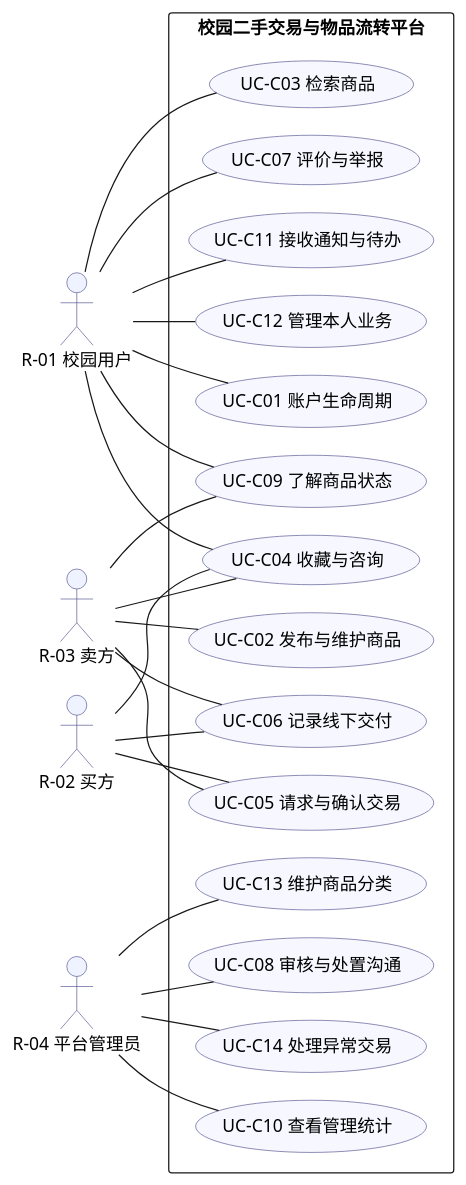
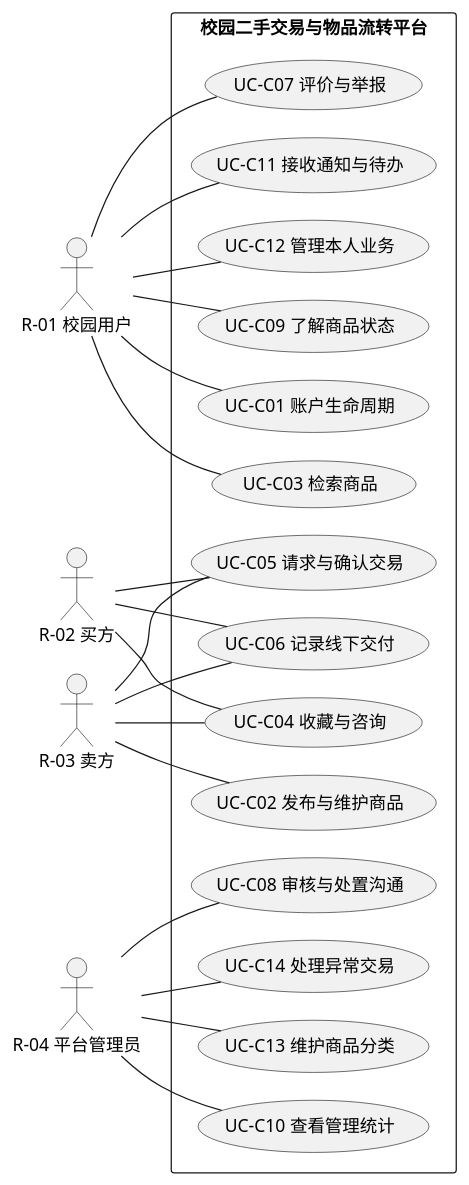
Before and after one commit to iy88/se-course-project-1: the diagram in docs/models/UC-01-系统用例图.puml, drawn with PlantUML. The commit also changed other lines of this file and 2 other files, not shown here.

Commit message:
docs: 调整 UC-01 系统用例图版式
- 关联线改接椭圆最外缘，UC-C04—C06 横向排列，参与者名称移至图形下方
- 同步 .puml 说明与图索引描述
版本检查：通过；引用检查：通过

```diff
--- a/docs/models/UC-01-系统用例图.puml
+++ b/docs/models/UC-01-系统用例图.puml
@@ -5,59 +7,49 @@
 @startuml
 left to right direction
 skinparam defaultFontName "Microsoft YaHei"
 skinparam shadowing false
 skinparam packageStyle rectangle
 skinparam nodesep 22
-skinparam ranksep 38
+skinparam ranksep 40
 skinparam defaultTextAlignment center
-skinparam usecase {
-  BackgroundColor #F7F7FF
-  BorderColor #4A4A8A
-}
-skinparam actor {
-  BackgroundColor #EEF3FF
-  BorderColor #4A4A8A
-}
 
 actor "R-01 校园用户" as A1
 actor "R-02 买方" as A2
 actor "R-03 卖方" as A3
 actor "R-04 平台管理员" as A4
 
 rectangle "校园二手交易与物品流转平台" {
   usecase "UC-C01 账户生命周期" as UC01
-  usecase "UC-C02 发布与维护商品" as UC02
   usecase "UC-C03 检索商品" as UC03
+  usecase "UC-C07 评价与举报" as UC07
+  usecase "UC-C11 接收通知与待办" as UC11
+  usecase "UC-C12 管理本人业务" as UC12
   usecase "UC-C04 收藏与咨询" as UC04
   usecase "UC-C05 请求与确认交易" as UC05
   usecase "UC-C06 记录线下交付" as UC06
-  usecase "UC-C07 评价与举报" as UC07
+  usecase "UC-C02 发布与维护商品" as UC02
+  usecase "UC-C09 了解商品状态" as UC09
+  usecase "UC-C13 维护商品分类" as UC13
+  usecase "UC-C10 查看管理统计" as UC10
   usecase "UC-C08 审核与处置沟通" as UC08
-  usecase "UC-C09 了解商品状态" as UC09
-  usecase "UC-C10 查看管理统计" as UC10
-  usecase "UC-C11 接收通知与待办" as UC11
-  usecase "UC-C12 管理本人业务" as UC12
-  usecase "UC-C13 维护商品分类" as UC13
   usecase "UC-C14 处理异常交易" as UC14
 }
 
 A1 -- UC01
 A1 -- UC03
-A1 -- UC04
 A1 -- UC07
-A1 -- UC09
 A1 -- UC11
 A1 -- UC12
+A1 -- UC09
 A2 -- UC04
 A2 -- UC05
 A2 -- UC06
-A3 -- UC02
 A3 -- UC04
 A3 -- UC05
 A3 -- UC06
-A3 -- UC09
+A3 -- UC02
+A4 -- UC13
+A4 -- UC10
 A4 -- UC08
-A4 -- UC10
-A4 -- UC13
 A4 -- UC14
 @enduml
```
